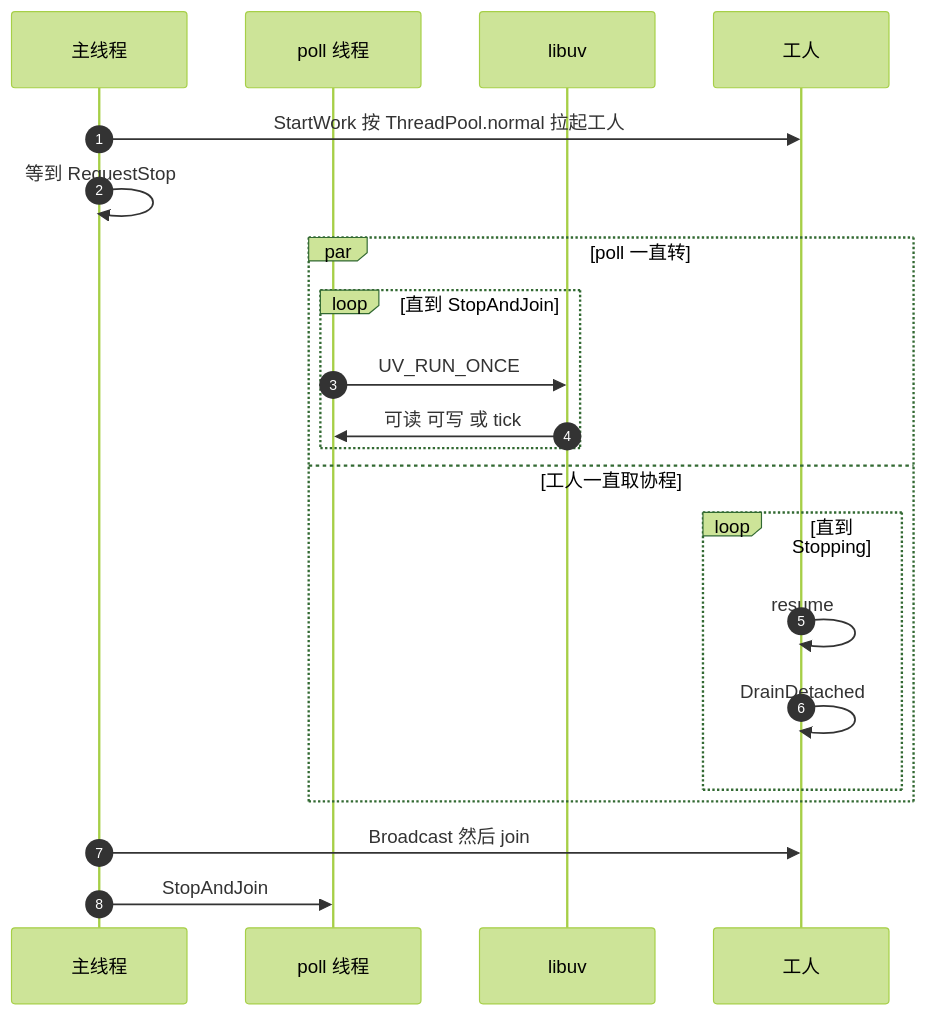
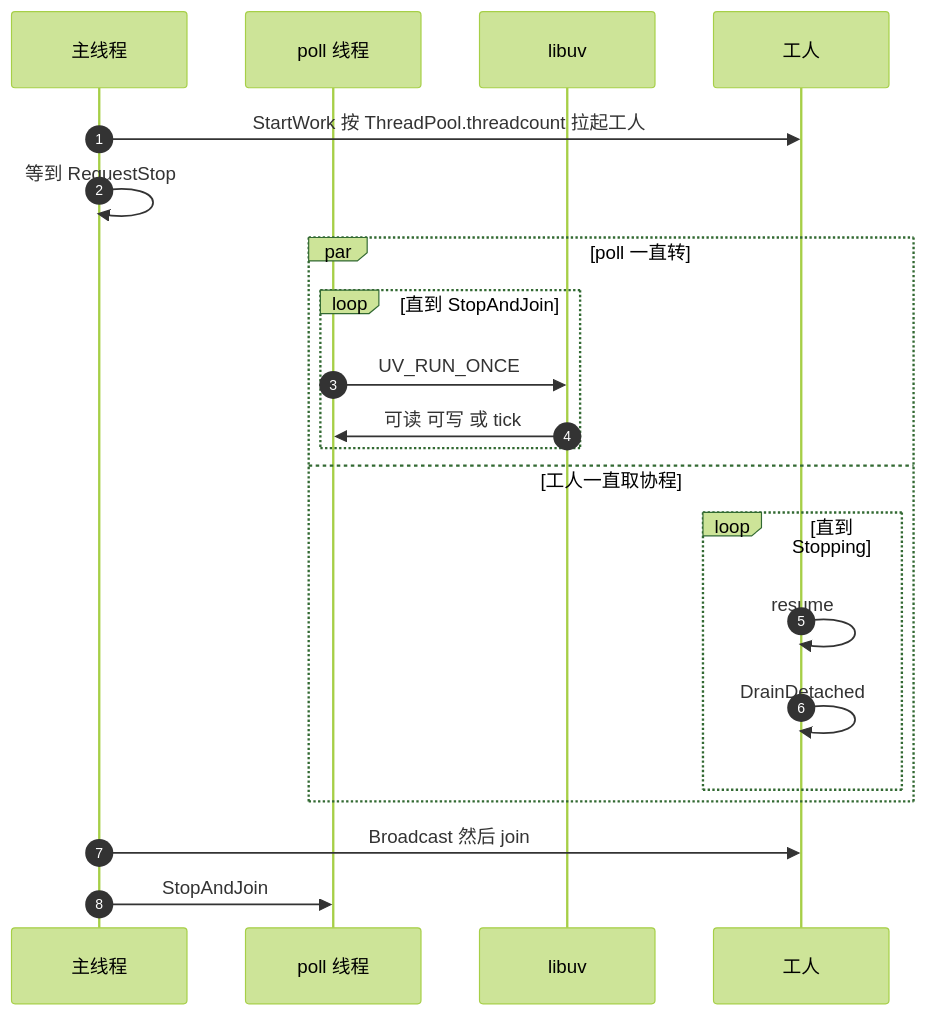
Before and after one commit to orikiaru/openidea: the diagram in docs/sequence-diagram/multi-thread/loop.md, drawn with Mermaid (forest theme). The commit also changed 24 other files, not shown here.

````diff
--- a/docs/sequence-diagram/multi-thread/loop.md
+++ b/docs/sequence-diagram/multi-thread/loop.md
@@ -7,24 +7,24 @@
 ```mermaid
 sequenceDiagram
     autonumber
     participant Main as 主线程
     participant Poll as poll 线程
     participant Uv as libuv
     participant Worker as 工人
 
-    Main->>Worker: StartWork 按 ThreadPool.normal 拉起工人
+    Main->>Worker: StartWork 按 ThreadPool.threadcount 拉起工人
     Main->>Main: 等到 RequestStop
     par poll 一直转
         loop 直到 StopAndJoin
             Poll->>Uv: UV_RUN_ONCE
             Uv->>Poll: 可读 可写 或 tick
         end
     and 工人一直取协程
         loop 直到 Stopping
             Worker->>Worker: resume
             Worker->>Worker: DrainDetached
         end
     end
     Main->>Worker: Broadcast 然后 join
     Main->>Poll: StopAndJoin
 ```
````
